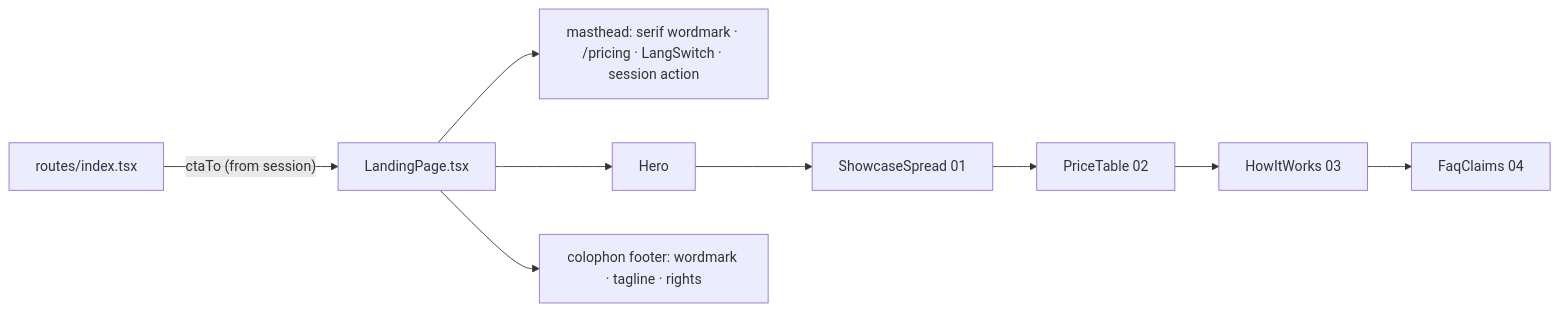
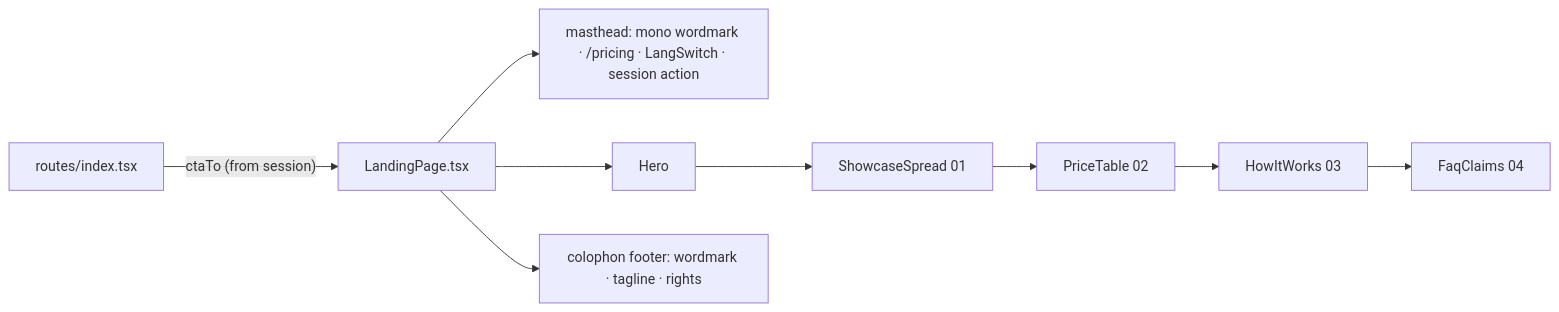
Before and after one commit to AzamatRaimbekov2/openCreate: the diagram in apps/web/src/modules/Landing/components/LandingPage.tsx.md, drawn with Mermaid. The commit also changed other lines of this file and 99 other files, not shown here.

````diff
--- a/apps/web/src/modules/Landing/components/LandingPage.tsx.md
+++ b/apps/web/src/modules/Landing/components/LandingPage.tsx.md
@@ -29,7 +30,7 @@
 ```mermaid
 flowchart LR
   Route[routes/index.tsx] -- "ctaTo (from session)" --> LP[LandingPage.tsx]
-  LP --> TB[masthead: serif wordmark · /pricing · LangSwitch · session action]
+  LP --> TB[masthead: mono wordmark · /pricing · LangSwitch · session action]
   LP --> H[Hero] --> SW[ShowcaseSpread 01] --> PT2[PriceTable 02] --> HIW[HowItWorks 03] --> FAQ[FaqClaims 04]
   LP --> CF[colophon footer: wordmark · tagline · rights]
 ```
````
